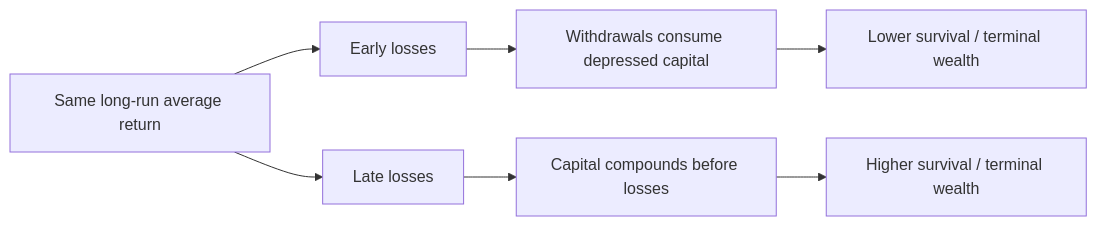
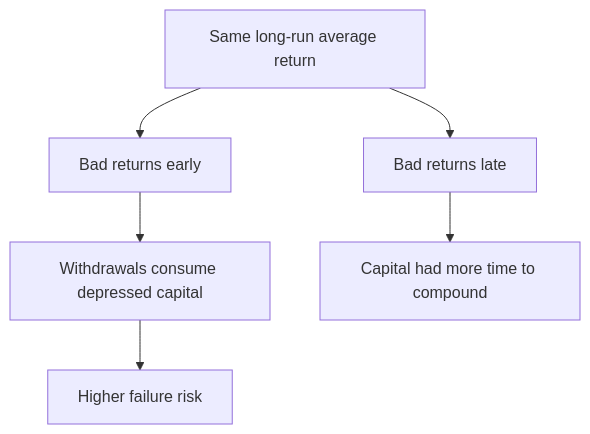
One commit to tks18/personal-finance-etl changed the second of 2 diagrams in docs/finance/fire-methodology.md. Above: the diagram before and after it, drawn with Mermaid. The commit also changed other lines of this file and 11 other files, not shown here.

````diff
--- a/docs/finance/fire-methodology.md
+++ b/docs/finance/fire-methodology.md
@@ -295,9 +535,9 @@
 ```mermaid
-flowchart LR
-    A[Same long-run average return] --> E[Early losses]
-    A --> L[Late losses]
-    E --> W1[Withdrawals consume depressed capital]
-    L --> W2[Capital compounds before losses]
-    W1 --> O1[Lower survival / terminal wealth]
-    W2 --> O2[Higher survival / terminal wealth]
+flowchart TD
+    A["Same long-run average return"]
+    A --> B["Bad returns early"]
+    A --> C["Bad returns late"]
+    B --> D["Withdrawals consume depressed capital"]
+    C --> E["Capital had more time to compound"]
+    D --> F["Higher failure risk"]
 ```
````
